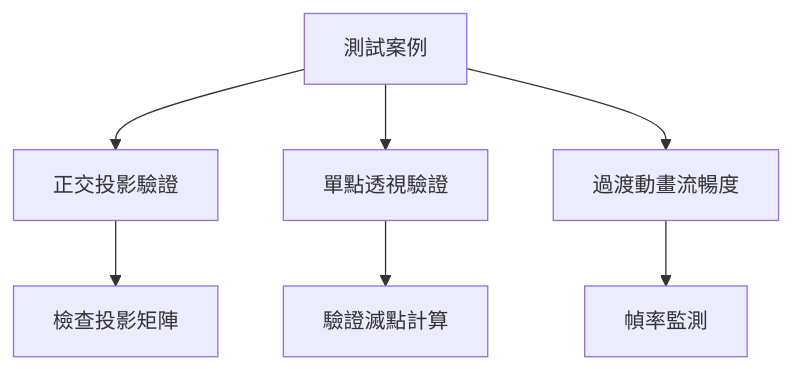
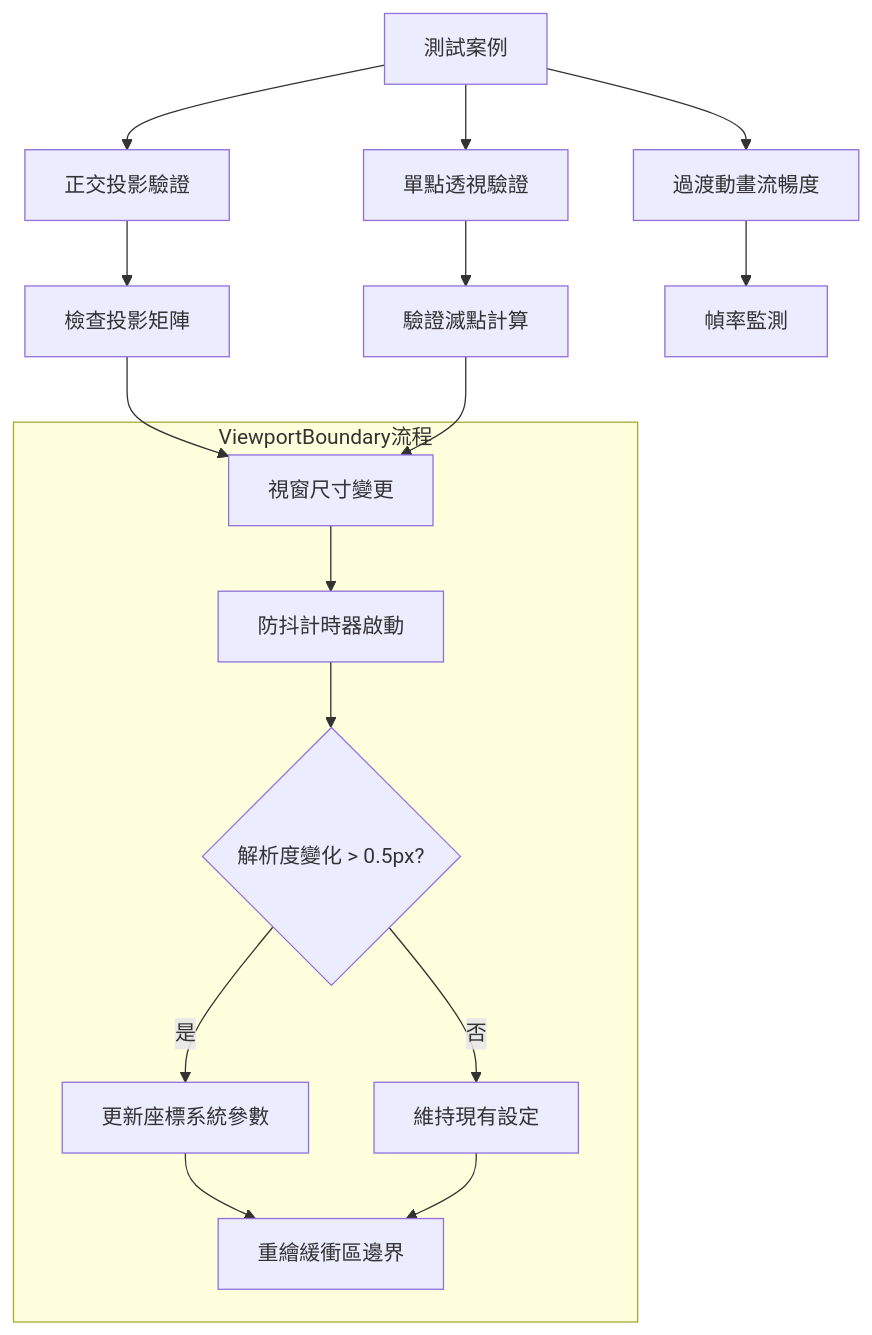
The sixth of 6 diagrams in spec.md (ainlee/WebRPG), drawn with Mermaid before and after one commit. The commit also changed other lines of this file and 20 other files, not shown here.

````diff
--- a/spec.md
+++ b/spec.md
@@ -317,9 +317,21 @@
 ```mermaid
 flowchart TD
     A[測試案例] --> B[正交投影驗證]
     A --> C[單點透視驗證]
     A --> D[過渡動畫流暢度]
     B --> E[檢查投影矩陣]
     C --> F[驗證滅點計算]
     D --> G[幀率監測]
+    
+    subgraph ViewportBoundary流程
+        H[視窗尺寸變更] --> I[防抖計時器啟動]
+        I --> J{解析度變化 > 0.5px?}
+        J -->|是| K[更新座標系統參數]
+        J -->|否| L[維持現有設定]
+        K --> M[重繪緩衝區邊界]
+        L --> M
+    end
+    
+    E --> H
+    F --> H
 ```
````
